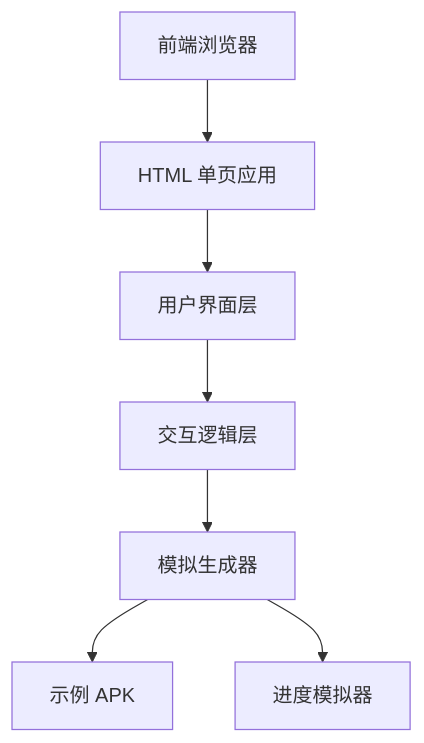
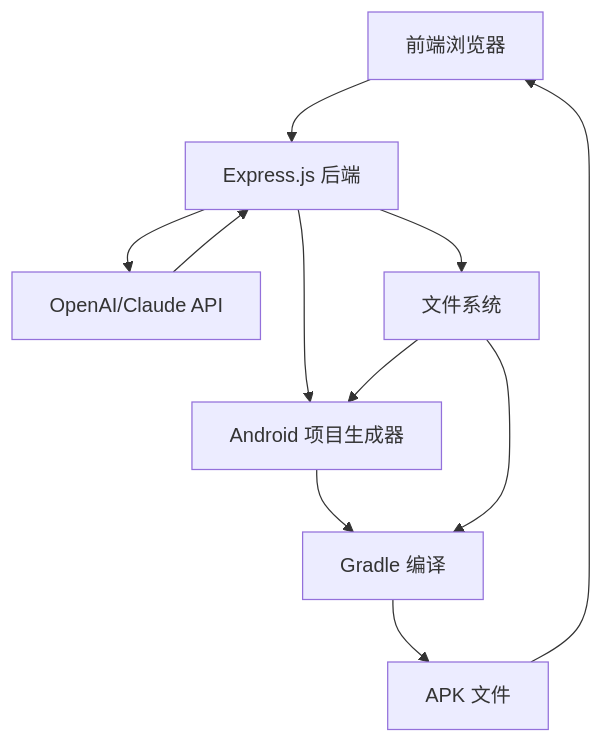
One commit to bcf666/AIcode changed the diagram in .trae/documents/Technical-Architecture.md. Above: the diagram before and after it, drawn with Mermaid. The commit also changed other lines of this file and 36 other files, not shown here.

Commit message:
feat: AI API 生成 APK

````diff
--- a/.trae/documents/Technical-Architecture.md
+++ b/.trae/documents/Technical-Architecture.md
@@ -5,9 +5,13 @@
 ```mermaid
 graph TD
-    A[前端浏览器] --> B[HTML 单页应用]
-    B --> C[用户界面层]
-    C --> D[交互逻辑层]
-    D --> E[模拟生成器]
-    E --> F[示例 APK]
-    E --> G[进度模拟器]
+    A[前端浏览器] --> B[Express.js 后端]
+    B --> C[OpenAI/Claude API]
+    C --> B
+    B --> D[Android 项目生成器]
+    D --> E[Gradle 编译]
+    E --> F[APK 文件]
+    F --> A
+    B --> G[文件系统]
+    G --> D
+    G --> E
 ```
````
